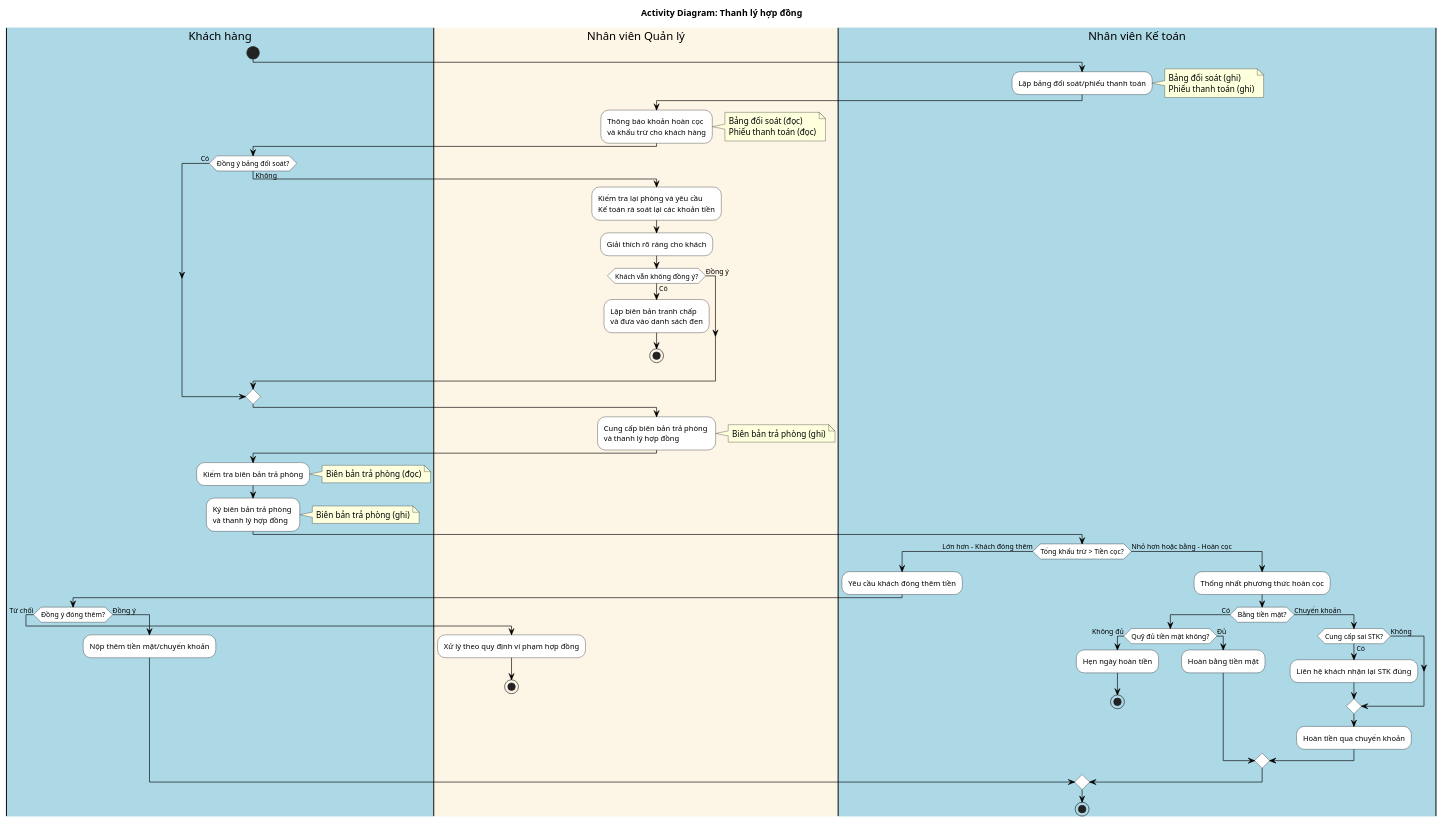
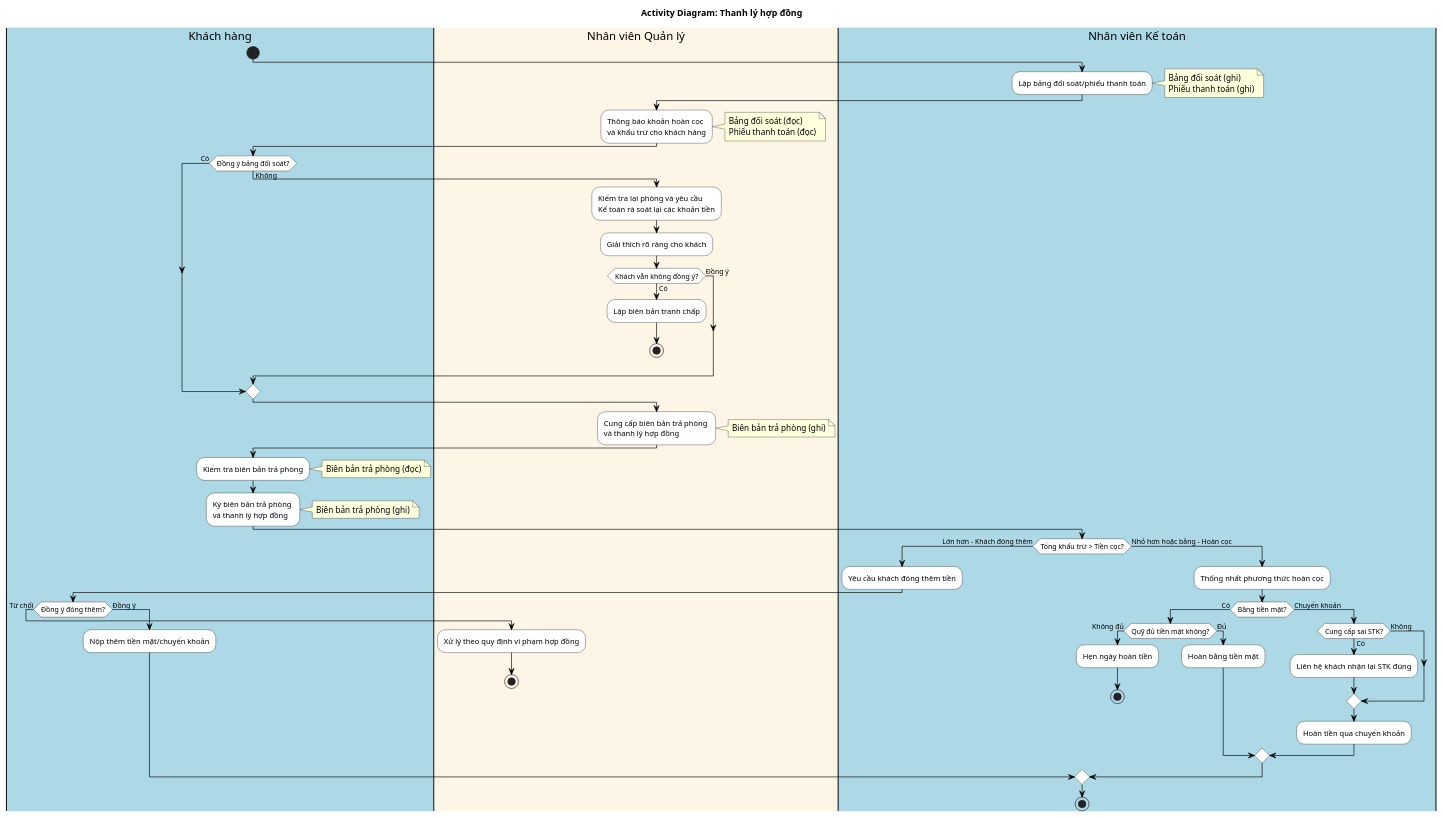
The diagram in doc/business/activity/thanh_ly_hop_dong.wsd (Gnourt812005/HCMUS-Analyze-and-desgin-IS), drawn with PlantUML before and after one commit.

Commit message:
activity/quangdo: update thanh_ly_hop_dong.wsd's activities

```diff
--- a/doc/business/activity/thanh_ly_hop_dong.wsd
+++ b/doc/business/activity/thanh_ly_hop_dong.wsd
@@ -1,102 +1,102 @@
 @startuml
 title Activity Diagram: Thanh lý hợp đồng
 
 ' General config
 skinparam activity {
     BackgroundColor White
     BorderColor Black
     ArrowColor Black
 }
 skinparam swimlane {
     BorderColor Black
 }
 
 ' Swimlanes
 |#LightBlue|Khách hàng|
 |#OldLace|Nhân viên Quản lý|
 |#LightBlue|Nhân viên Kế toán|
 
 ' Start
 |Khách hàng|
 start
 
 |Nhân viên Kế toán|
 :Lập bảng đối soát/phiếu thanh toán;
 note right
     Bảng đối soát (ghi)
     Phiếu thanh toán (ghi)
 end note
 
 |Nhân viên Quản lý|
 :Thông báo khoản hoàn cọc \nvà khấu trừ cho khách hàng;
 note right
     Bảng đối soát (đọc)
     Phiếu thanh toán (đọc)
 end note
 
 |Khách hàng|
 if (Đồng ý bảng đối soát?) then (Không)
     |Nhân viên Quản lý|
     :Kiểm tra lại phòng và yêu cầu \nKế toán rà soát lại các khoản tiền;
     :Giải thích rõ ràng cho khách;
     if (Khách vẫn không đồng ý?) then (Có)
-        :Lập biên bản tranh chấp \nvà đưa vào danh sách đen;
+        :Lập biên bản tranh chấp;
         stop
     else (Đồng ý)
     endif
 else (Có)
 endif
 
 |Nhân viên Quản lý|
 :Cung cấp biên bản trả phòng \nvà thanh lý hợp đồng;
 note right
     Biên bản trả phòng (ghi)
 end note
 
 |Khách hàng|
 :Kiểm tra biên bản trả phòng;
 note right
     Biên bản trả phòng (đọc)
 end note
 
 :Ký biên bản trả phòng \nvà thanh lý hợp đồng;
 note right
     Biên bản trả phòng (ghi)
 end note
 
 |Nhân viên Kế toán|
 if (Tổng khấu trừ > Tiền cọc?) then (Lớn hơn - Khách đóng thêm)
     :Yêu cầu khách đóng thêm tiền;
     
     |Khách hàng|
     if (Đồng ý đóng thêm?) then (Từ chối)
         |Nhân viên Quản lý|
         :Xử lý theo quy định vi phạm hợp đồng;
         stop
     else (Đồng ý)
         |Khách hàng|
         :Nộp thêm tiền mặt/chuyển khoản;
     endif
 
 else (Nhỏ hơn hoặc bằng - Hoàn cọc)
     |Nhân viên Kế toán|
     :Thống nhất phương thức hoàn cọc;
     
     if (Bằng tiền mặt?) then (Có)
         if (Quỹ đủ tiền mặt không?) then (Không đủ)
             :Hẹn ngày hoàn tiền;
             stop
         else (Đủ)
             :Hoàn bằng tiền mặt;
         endif
     else (Chuyển khoản)
         if (Cung cấp sai STK?) then (Có)
             :Liên hệ khách nhận lại STK đúng;
         else (Không)
         endif
         :Hoàn tiền qua chuyển khoản;
     endif
 endif
 stop
 
 @enduml
```
